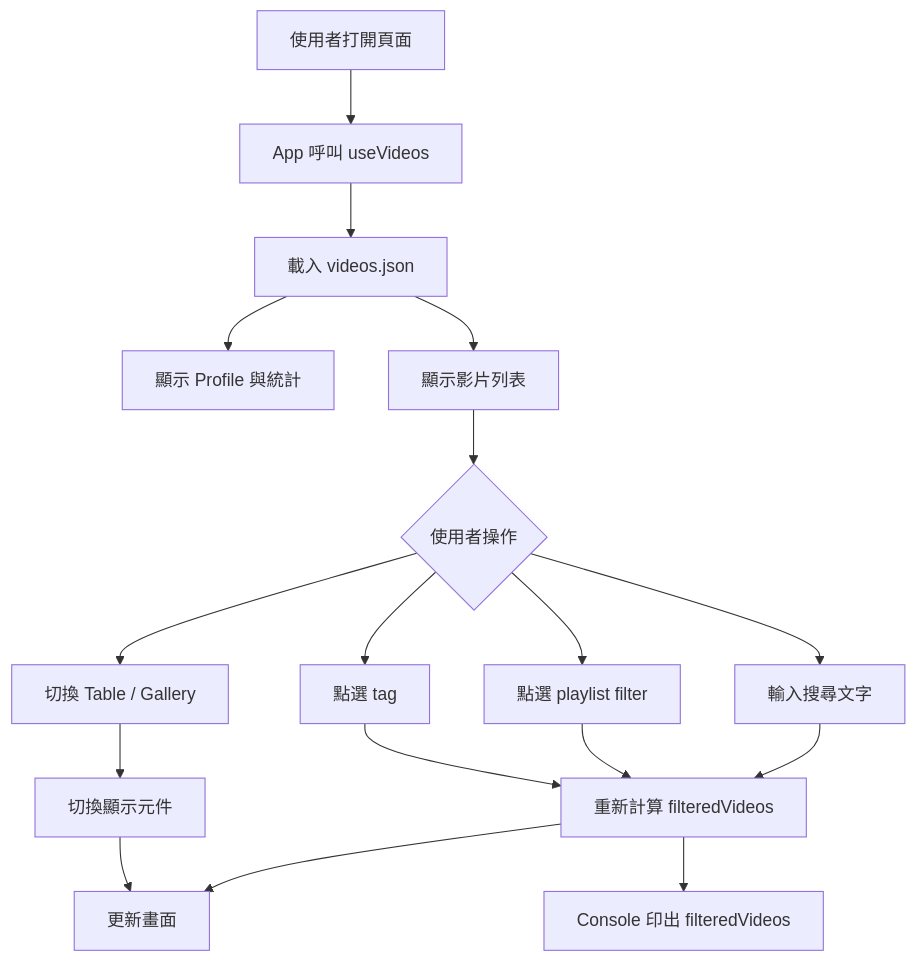
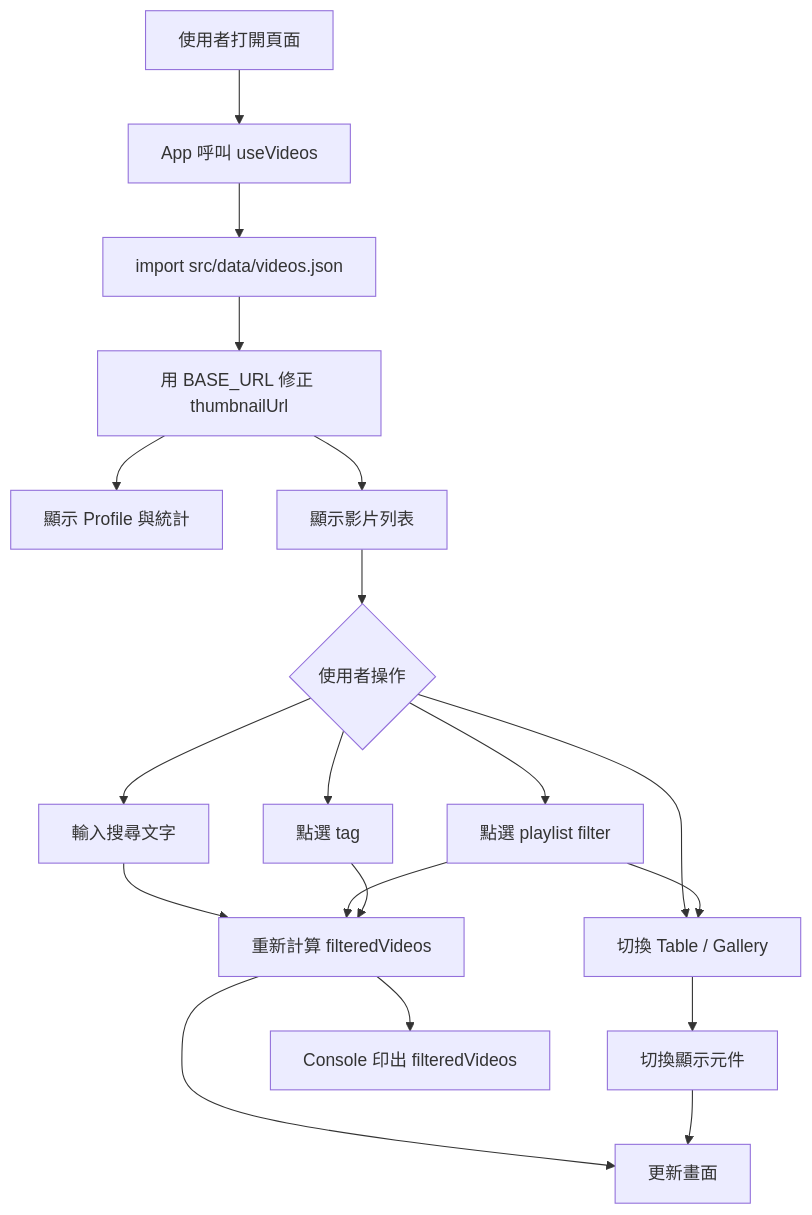
The second of 2 diagrams in docs/data-flow.md (hsiao93524/vite-vtb-himari-profile), drawn with Mermaid before and after one commit. The commit also changed other lines of this file and 226 other files, not shown here.

Commit message:
修改圖檔參照方式，改為直接參照local而不是url

````diff
--- a/docs/data-flow.md
+++ b/docs/data-flow.md
@@ -81,22 +111,24 @@
 ```mermaid
 flowchart TD
   A["使用者打開頁面"] --> B["App 呼叫 useVideos"]
-  B --> C["載入 videos.json"]
-  C --> D["顯示 Profile 與統計"]
-  C --> E["顯示影片列表"]
+  B --> C["import src/data/videos.json"]
+  C --> D["用 BASE_URL 修正 thumbnailUrl"]
+  D --> E["顯示 Profile 與統計"]
+  D --> F["顯示影片列表"]
 
-  E --> F{"使用者操作"}
-  F --> G["輸入搜尋文字"]
-  F --> H["點選 playlist filter"]
-  F --> I["點選 tag"]
-  F --> J["切換 Table / Gallery"]
+  F --> G{"使用者操作"}
+  G --> H["輸入搜尋文字"]
+  G --> I["點選 playlist filter"]
+  G --> J["點選 tag"]
+  G --> K["切換 Table / Gallery"]
 
-  G --> K["重新計算 filteredVideos"]
-  H --> K
   I --> K
-  J --> L["切換顯示元件"]
+  H --> L["重新計算 filteredVideos"]
+  I --> L
+  J --> L
+  K --> M["切換顯示元件"]
 
-  K --> M["更新畫面"]
-  K --> N["Console 印出 filteredVideos"]
-  L --> M
+  L --> N["更新畫面"]
+  L --> O["Console 印出 filteredVideos"]
+  M --> N
 ```
````
